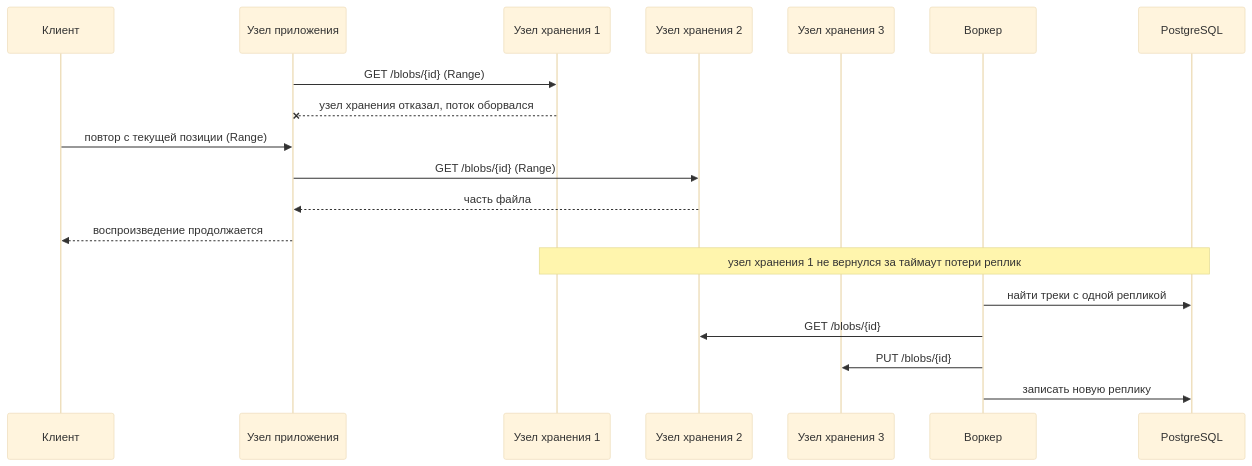
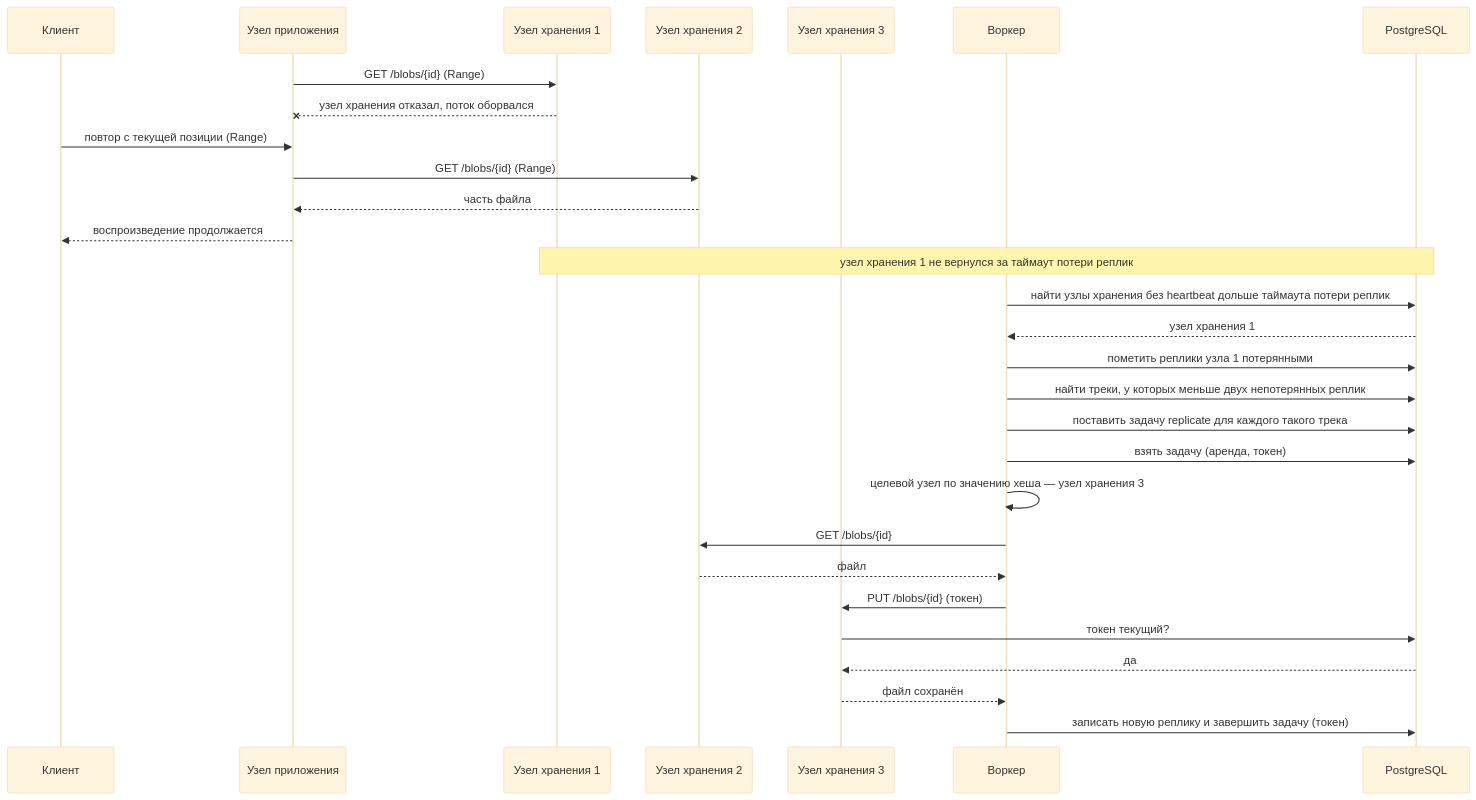
The eighth of 9 diagrams in docs/tr.md (spbu-ds-practicum-2026/TheBoys), drawn with Mermaid (base theme) before and after one commit. The commit also changed other lines of this file, not shown here.

````diff
--- a/docs/tr.md
+++ b/docs/tr.md
@@ -377,21 +395,31 @@
 ```mermaid
 sequenceDiagram
   participant C as Клиент
   participant App as Узел приложения
   participant S1 as Узел хранения 1
   participant S2 as Узел хранения 2
   participant S3 as Узел хранения 3
   participant W as Воркер
   participant DB as PostgreSQL
   App->>S1: GET /blobs/{id} (Range)
   S1--xApp: узел хранения отказал, поток оборвался
   C->>App: повтор с текущей позиции (Range)
   App->>S2: GET /blobs/{id} (Range)
   S2-->>App: часть файла
   App-->>C: воспроизведение продолжается
   Note over S1,DB: узел хранения 1 не вернулся за таймаут потери реплик
-  W->>DB: найти треки с одной репликой
+  W->>DB: найти узлы хранения без heartbeat дольше таймаута потери реплик
+  DB-->>W: узел хранения 1
+  W->>DB: пометить реплики узла 1 потерянными
+  W->>DB: найти треки, у которых меньше двух непотерянных реплик
+  W->>DB: поставить задачу replicate для каждого такого трека
+  W->>DB: взять задачу (аренда, токен)
+  W->>W: целевой узел по значению хеша — узел хранения 3
   W->>S2: GET /blobs/{id}
-  W->>S3: PUT /blobs/{id}
-  W->>DB: записать новую реплику
+  S2-->>W: файл
+  W->>S3: PUT /blobs/{id} (токен)
+  S3->>DB: токен текущий?
+  DB-->>S3: да
+  S3-->>W: файл сохранён
+  W->>DB: записать новую реплику и завершить задачу (токен)
 ```
````
